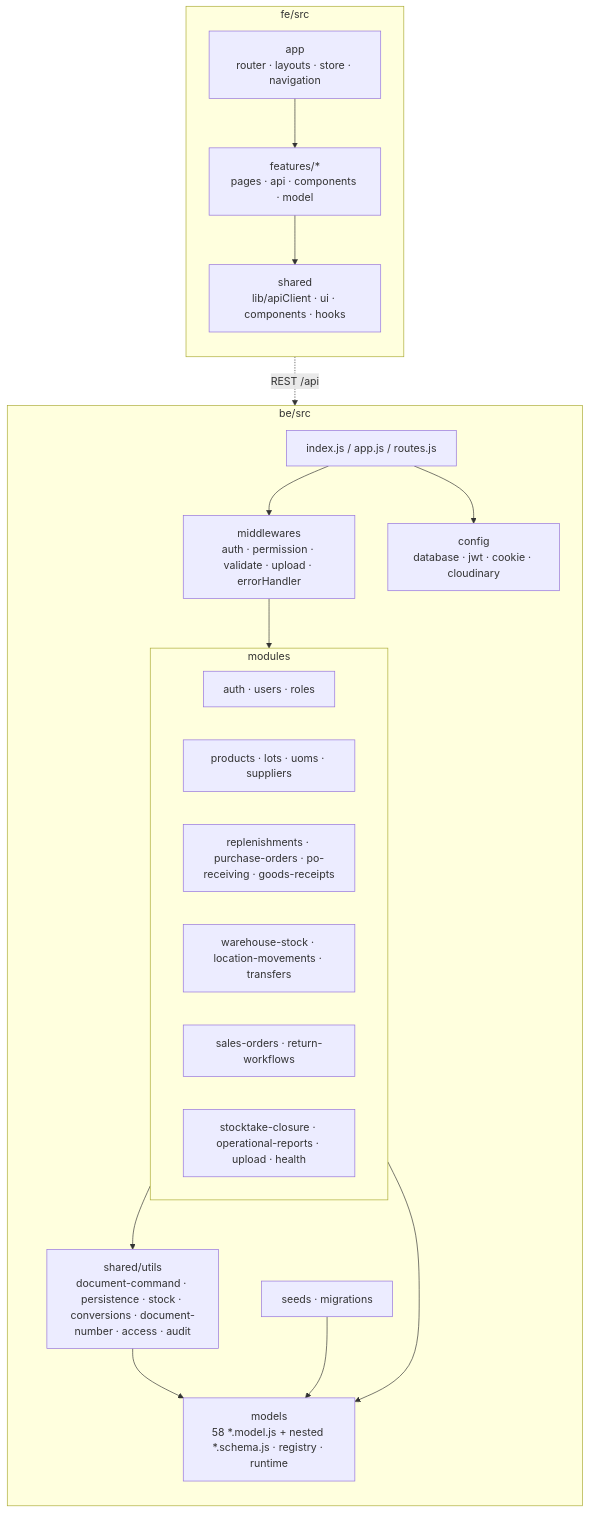
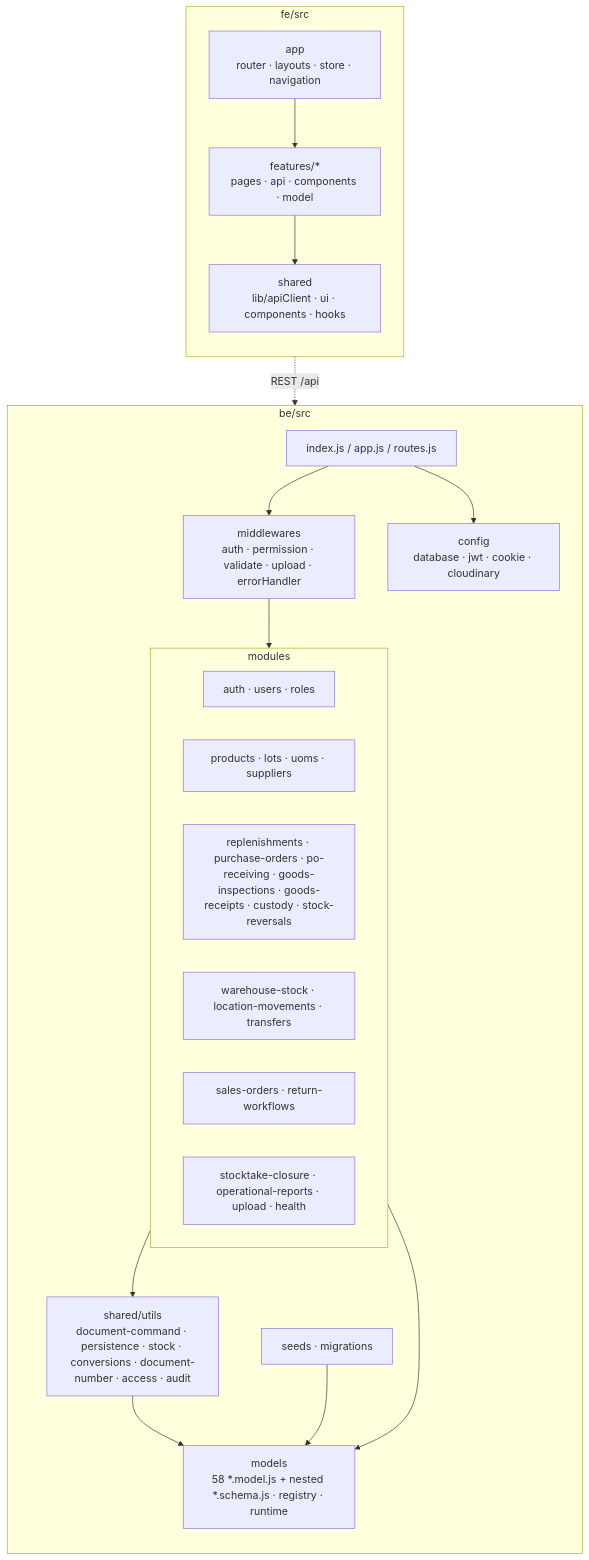
The second of 46 diagrams in git_doc/docs/01_bao_cao/WMSD_Report4_Draft.md (bupbalabup/wmsd_be), drawn with Mermaid before and after one commit. The commit also changed other lines of this file and 80 other files, not shown here.

First line of the commit message:
feat(purchase): implement core purchase functionalities and validation schemas

````diff
--- a/git_doc/docs/01_bao_cao/WMSD_Report4_Draft.md
+++ b/git_doc/docs/01_bao_cao/WMSD_Report4_Draft.md
@@ -120,33 +120,33 @@
 ```mermaid
 flowchart TB
   subgraph BE["be/src"]
     direction TB
     idx["index.js / app.js / routes.js"]
     cfg["config<br/>database · jwt · cookie · cloudinary"]
     mw["middlewares<br/>auth · permission · validate · upload · errorHandler"]
     subgraph mods["modules"]
       m1["auth · users · roles"]
       m2["products · lots · uoms · suppliers"]
-      m3["replenishments · purchase-orders · po-receiving · goods-receipts"]
+      m3["replenishments · purchase-orders · po-receiving · goods-inspections · goods-receipts · custody · stock-reversals"]
       m4["warehouse-stock · location-movements · transfers"]
       m5["sales-orders · return-workflows"]
       m6["stocktake-closure · operational-reports · upload · health"]
     end
     sh["shared/utils<br/>document-command · persistence · stock · conversions · document-number · access · audit"]
     mdl["models<br/>58 *.model.js + nested *.schema.js · registry · runtime"]
     sd["seeds · migrations"]
     idx --> mw --> mods
     idx --> cfg
     mods --> sh --> mdl
     mods --> mdl
     sd --> mdl
   end
   subgraph FE["fe/src"]
     direction TB
     app["app<br/>router · layouts · store · navigation"]
     feat["features/*<br/>pages · api · components · model"]
     shr["shared<br/>lib/apiClient · ui · components · hooks"]
     app --> feat --> shr
   end
   shr -. "REST /api" .-> idx
 ```
````
